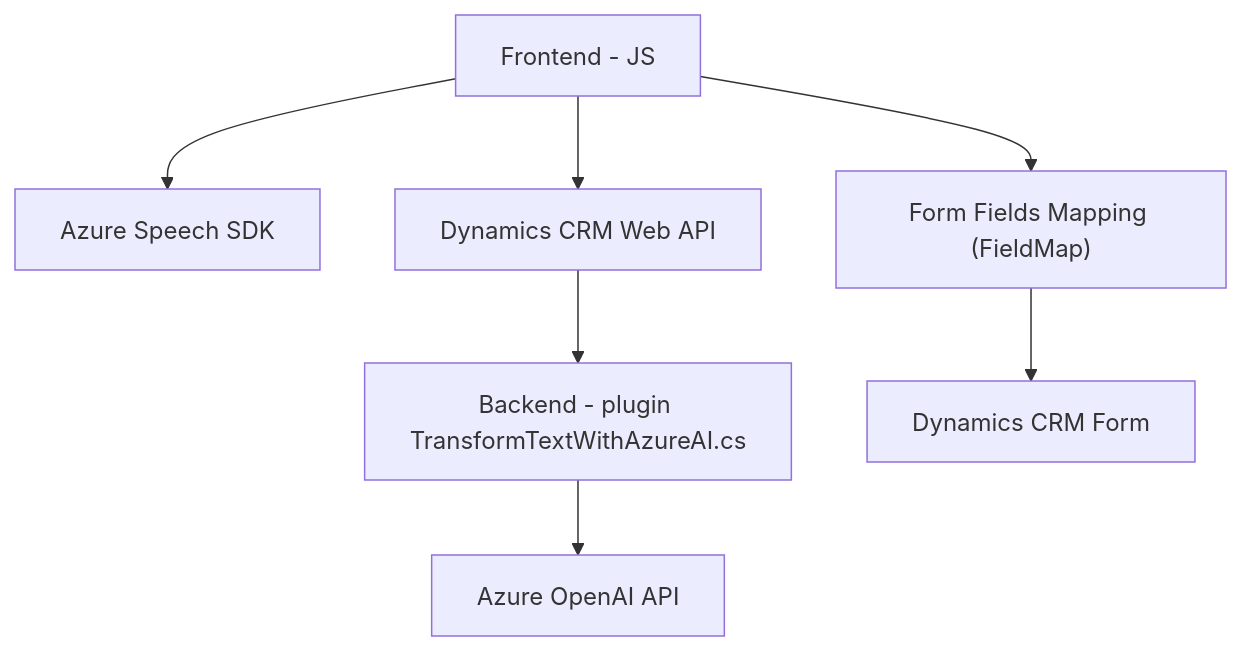
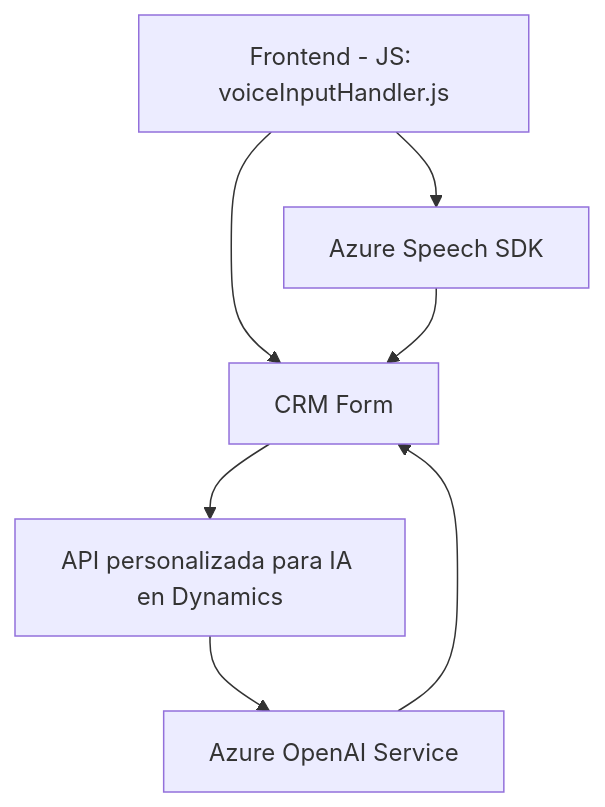
Before and after one commit to blopezdm/NETCORE_BILBAO2025: the diagram in README.md, drawn with Mermaid. The commit also changed other lines of this file, not shown here.

````diff
--- a/README.md
+++ b/README.md
@@ -38,9 +33,9 @@
 ```mermaid
 graph TD
-    A["Frontend - JS"] --> B["Azure Speech SDK"]
-    A --> C["Dynamics CRM Web API"]
-    C --> D["Backend - plugin TransformTextWithAzureAI.cs"]
-    D --> E["Azure OpenAI API"]
-    A --> F["Form Fields Mapping (FieldMap)"]
-    F --> G["Dynamics CRM Form"]
+A["Frontend - JS: voiceInputHandler.js"] --> B["Azure Speech SDK"]
+A --> C["CRM Form"]
+B --> C
+C --> D["API personalizada para IA en Dynamics"]
+D --> E["Azure OpenAI Service"]
+E --> C
 ```
````
